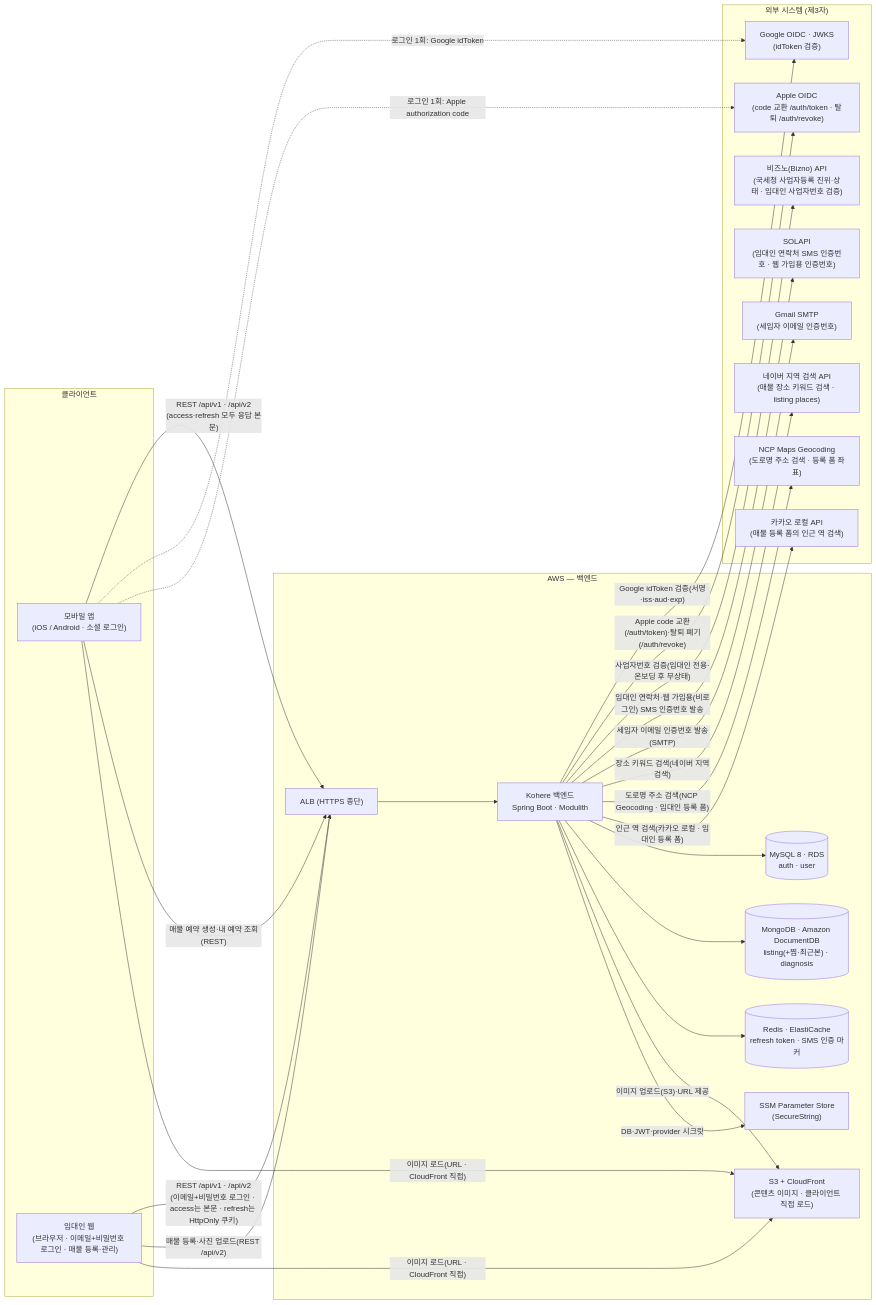
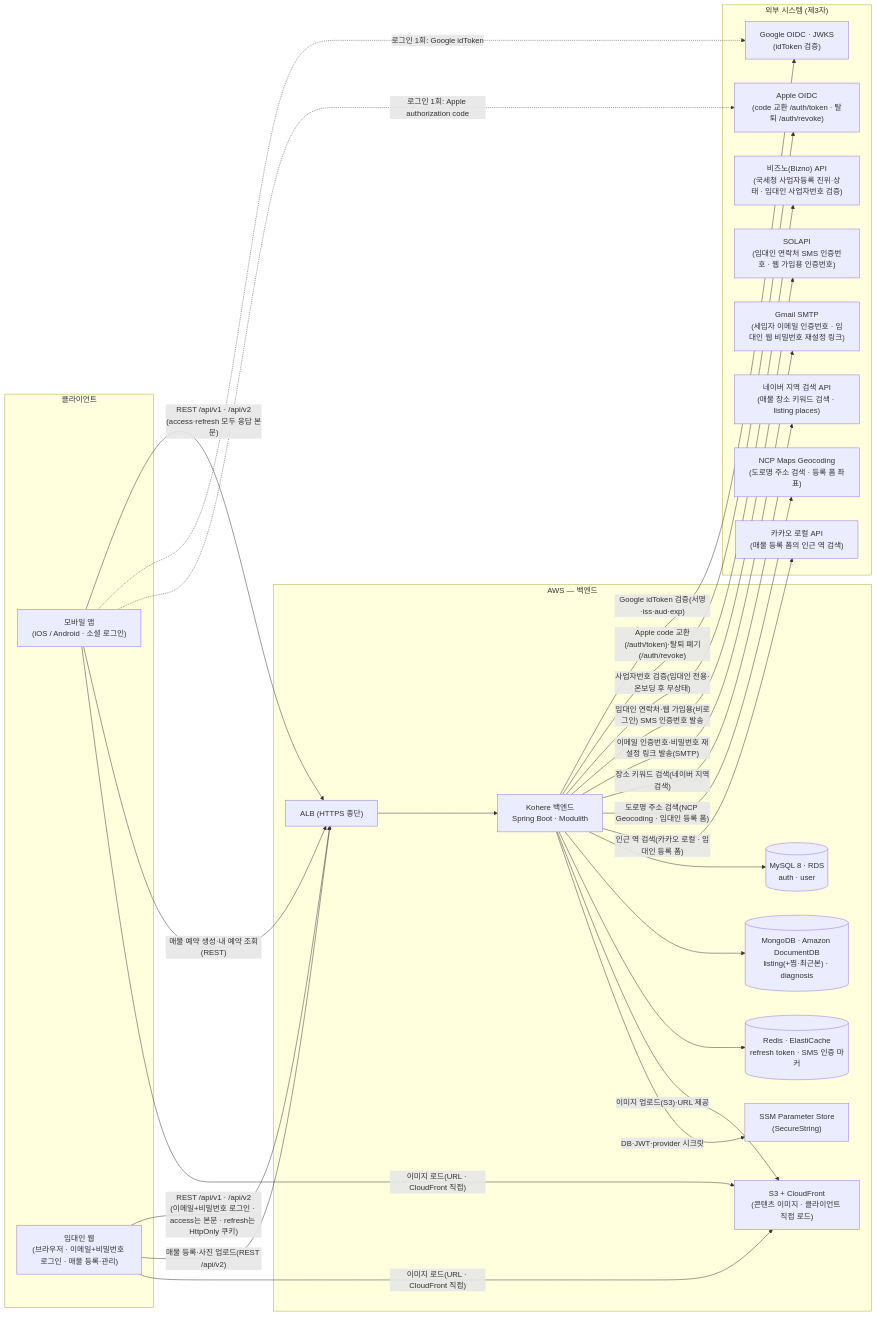
One commit to jameskim9509/Kohere-backend changed the first of 5 diagrams in docs/architecture/system-overview.md. Above: the diagram before and after it, drawn with Mermaid. The commit also changed other lines of this file and 83 other files, not shown here.

First line of the commit message:
[Feat] 임대인 웹 계정 복구 — 이메일 찾기 · 비밀번호 재설정 · 계정 잠금 해제 (#273)

````diff
--- a/docs/architecture/system-overview.md
+++ b/docs/architecture/system-overview.md
@@ -30,51 +30,51 @@
 ```mermaid
 flowchart LR
     subgraph Client["클라이언트"]
       APP["모바일 앱<br/>(iOS / Android · 소셜 로그인)"]
       WEB["임대인 웹<br/>(브라우저 · 이메일+비밀번호 로그인 · 매물 등록·관리)"]
     end
 
     subgraph External["외부 시스템 (제3자)"]
       OIDC["Google OIDC · JWKS<br/>(idToken 검증)"]
       APPLE["Apple OIDC<br/>(code 교환 /auth/token · 탈퇴 /auth/revoke)"]
       BIZNO["비즈노(Bizno) API<br/>(국세청 사업자등록 진위·상태 · 임대인 사업자번호 검증)"]
       SOLAPI["SOLAPI<br/>(임대인 연락처 SMS 인증번호 · 웹 가입용 인증번호)"]
-      MAIL["Gmail SMTP<br/>(세입자 이메일 인증번호)"]
+      MAIL["Gmail SMTP<br/>(세입자 이메일 인증번호 · 임대인 웹 비밀번호 재설정 링크)"]
       NAVER["네이버 지역 검색 API<br/>(매물 장소 키워드 검색 · listing places)"]
       NCPGEO["NCP Maps Geocoding<br/>(도로명 주소 검색 · 등록 폼 좌표)"]
       KAKAOLOCAL["카카오 로컬 API<br/>(매물 등록 폼의 인근 역 검색)"]
     end
 
     subgraph Cloud["AWS — 백엔드"]
       ALB["ALB (HTTPS 종단)"]
       SRV["Kohere 백엔드<br/>Spring Boot · Modulith"]
       MYSQL[("MySQL 8 · RDS<br/>auth · user")]
       MONGO[("MongoDB · Amazon DocumentDB<br/>listing(+찜·최근본) · diagnosis")]
       REDIS[("Redis · ElastiCache<br/>refresh token · SMS 인증 마커")]
       SECRET["SSM Parameter Store<br/>(SecureString)"]
       CDN["S3 + CloudFront<br/>(콘텐츠 이미지 · 클라이언트 직접 로드)"]
     end
 
     APP -- "REST /api/v1 · /api/v2<br/>(access·refresh 모두 응답 본문)" --> ALB
     WEB -- "REST /api/v1 · /api/v2<br/>(이메일+비밀번호 로그인 · access는 본문 · refresh는 HttpOnly 쿠키)" --> ALB
     ALB --> SRV
     APP -. "로그인 1회: Google idToken" .-> OIDC
     APP -. "로그인 1회: Apple authorization code" .-> APPLE
     SRV -- "Google idToken 검증(서명·iss·aud·exp)" --> OIDC
     SRV -- "Apple code 교환(/auth/token)·탈퇴 폐기(/auth/revoke)" --> APPLE
     SRV -- "사업자번호 검증(임대인 전용·온보딩 후 무상태)" --> BIZNO
     SRV -- "임대인 연락처·웹 가입용(비로그인) SMS 인증번호 발송" --> SOLAPI
-    SRV -- "세입자 이메일 인증번호 발송(SMTP)" --> MAIL
+    SRV -- "이메일 인증번호·비밀번호 재설정 링크 발송(SMTP)" --> MAIL
     SRV -- "장소 키워드 검색(네이버 지역검색)" --> NAVER
     SRV -- "도로명 주소 검색(NCP Geocoding · 임대인 등록 폼)" --> NCPGEO
     SRV -- "인근 역 검색(카카오 로컬 · 임대인 등록 폼)" --> KAKAOLOCAL
     SRV --> MYSQL
     SRV --> MONGO
     SRV --> REDIS
     APP -- "매물 예약 생성·내 예약 조회(REST)" --> ALB
     WEB -- "매물 등록·사진 업로드(REST /api/v2)" --> ALB
     APP -- "이미지 로드(URL · CloudFront 직접)" --> CDN
     WEB -- "이미지 로드(URL · CloudFront 직접)" --> CDN
     SRV -- "이미지 업로드(S3)·URL 제공" --> CDN
     SRV -- "DB·JWT·provider 시크릿" --> SECRET
 ```
````
